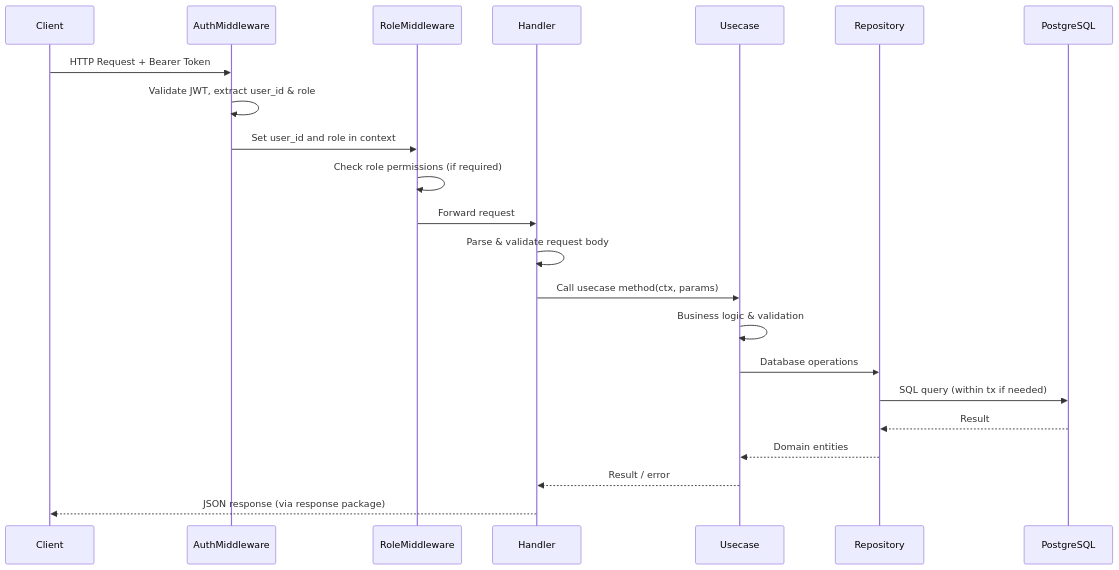
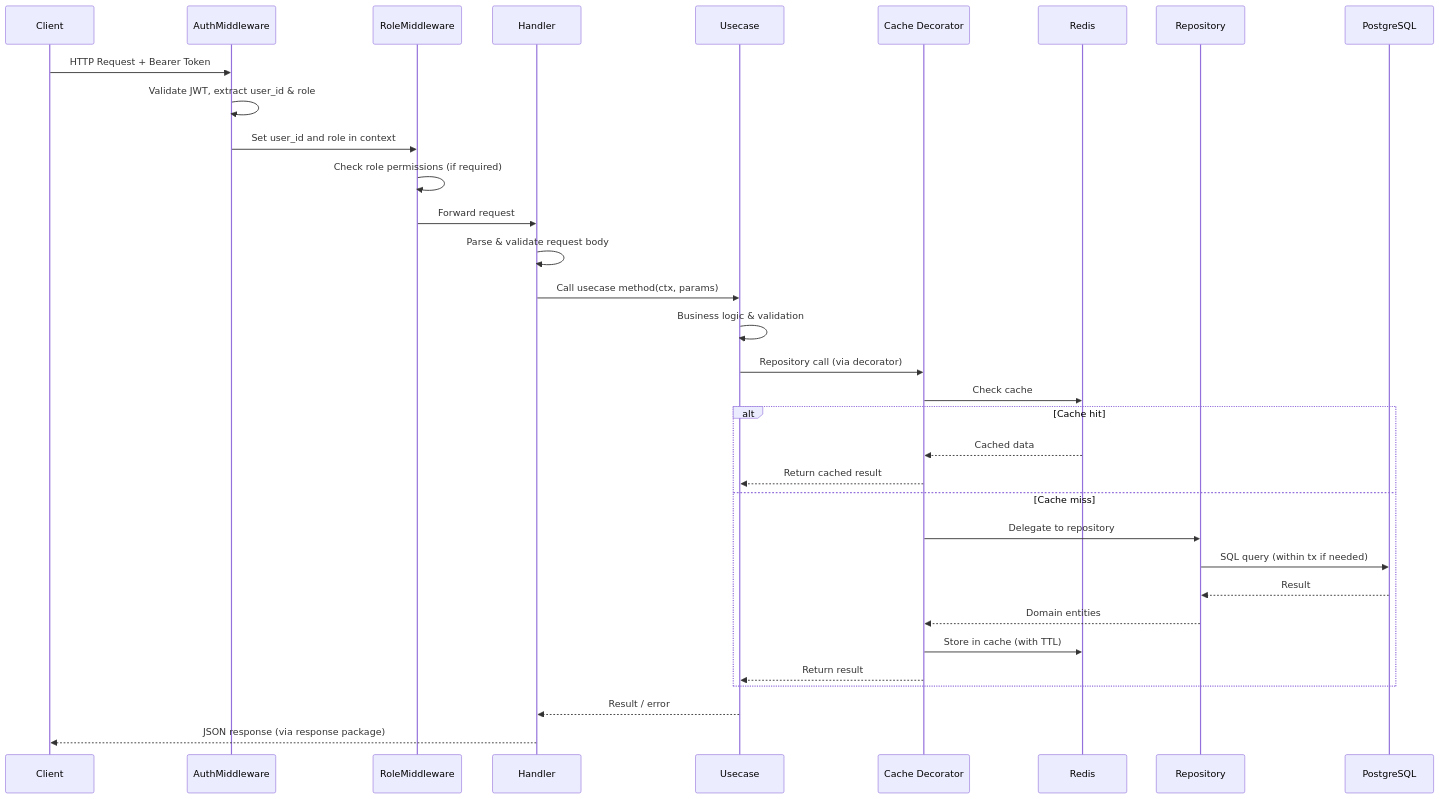
Before and after one commit to zuhriyansauqi/titik-nol-backend: the second of 3 diagrams in README.md, drawn with Mermaid. The commit also changed other lines of this file, not shown here.

Commit message:
docs(readme): add redis caching layer documentation

````diff
--- a/README.md
+++ b/README.md
@@ -112,25 +129,36 @@
 ```mermaid
 sequenceDiagram
     participant C as Client
     participant MW as AuthMiddleware
     participant RM as RoleMiddleware
     participant H as Handler
     participant UC as Usecase
+    participant CD as Cache Decorator
+    participant RD as Redis
     participant R as Repository
     participant DB as PostgreSQL
 
     C->>MW: HTTP Request + Bearer Token
     MW->>MW: Validate JWT, extract user_id & role
     MW->>RM: Set user_id and role in context
     RM->>RM: Check role permissions (if required)
     RM->>H: Forward request
     H->>H: Parse & validate request body
     H->>UC: Call usecase method(ctx, params)
     UC->>UC: Business logic & validation
-    UC->>R: Database operations
-    R->>DB: SQL query (within tx if needed)
-    DB-->>R: Result
-    R-->>UC: Domain entities
+    UC->>CD: Repository call (via decorator)
+    CD->>RD: Check cache
+    alt Cache hit
+        RD-->>CD: Cached data
+        CD-->>UC: Return cached result
+    else Cache miss
+        CD->>R: Delegate to repository
+        R->>DB: SQL query (within tx if needed)
+        DB-->>R: Result
+        R-->>CD: Domain entities
+        CD->>RD: Store in cache (with TTL)
+        CD-->>UC: Return result
+    end
     UC-->>H: Result / error
     H-->>C: JSON response (via response package)
 ```
````
